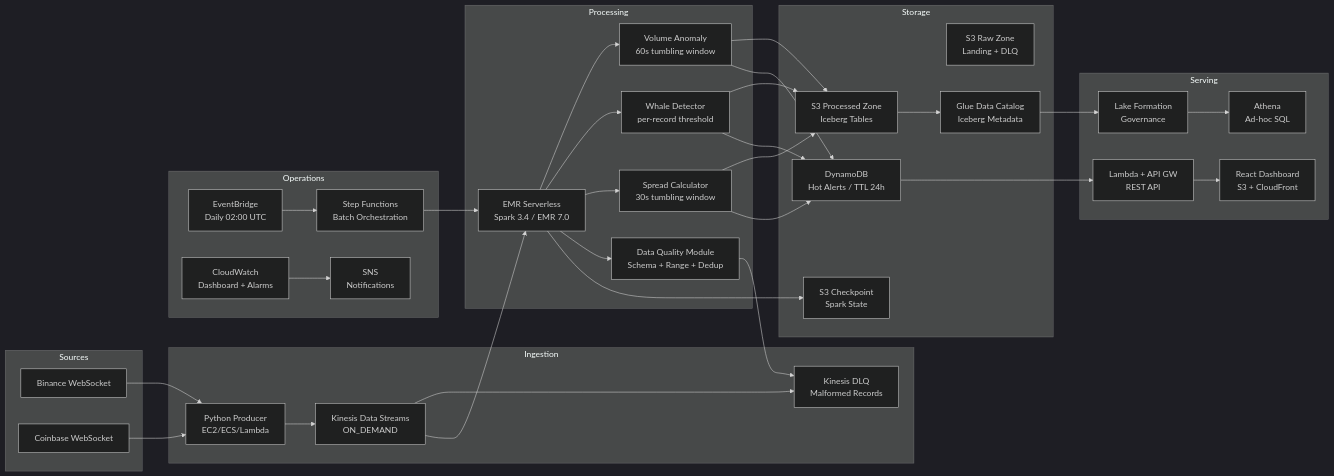
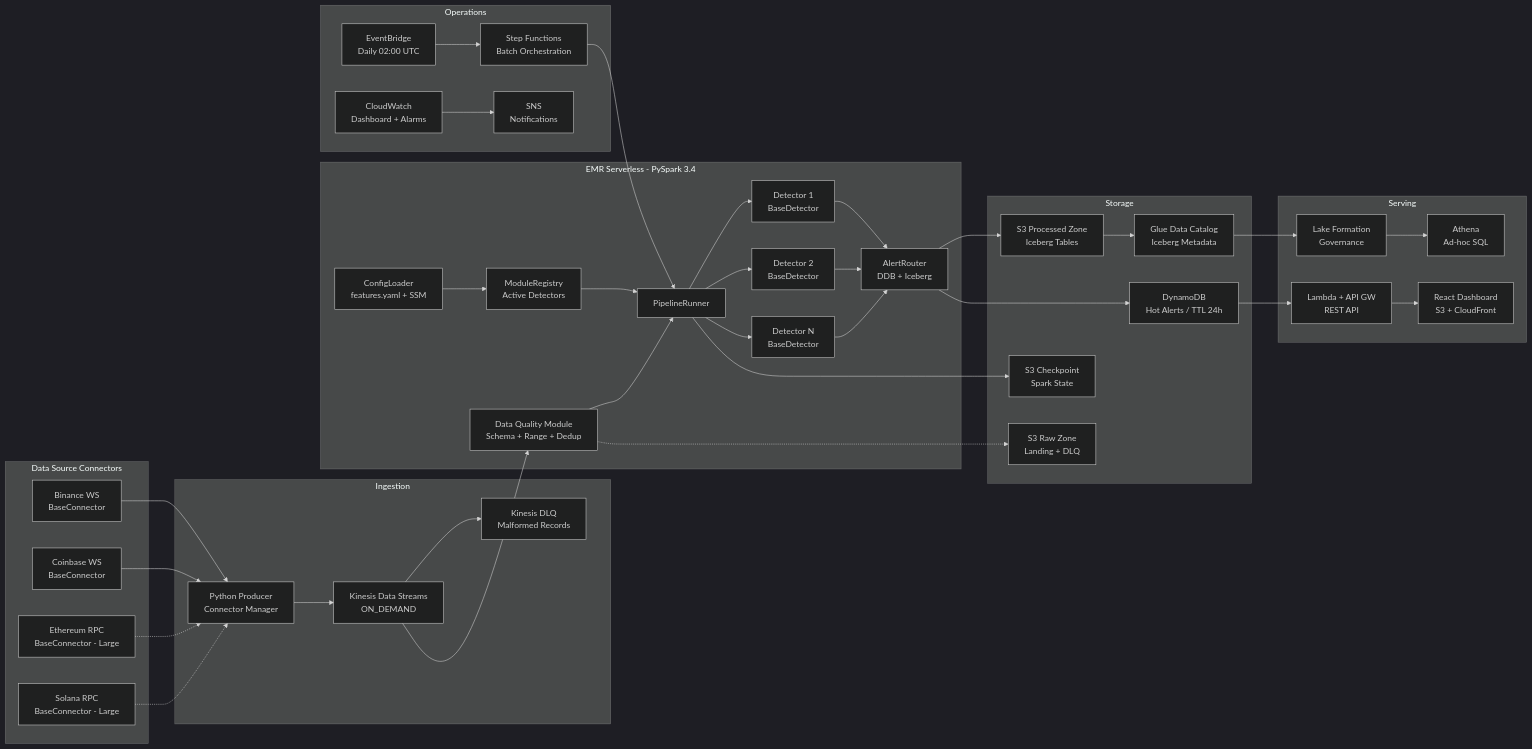
Before and after one commit to mv78/coattail-capital: the first of 2 diagrams in docs/ARCHITECTURE.md, drawn with Mermaid (dark theme). The commit also changed other lines of this file and 11 other files, not shown here.

First line of the commit message:
Add modular feature architecture with 11-module tier system (ADR-007)

````diff
--- a/docs/ARCHITECTURE.md
+++ b/docs/ARCHITECTURE.md
@@ -23,69 +23,77 @@
 ```mermaid
 graph LR
-    subgraph Sources
-        BN[Binance WebSocket]
-        CB[Coinbase WebSocket]
+    subgraph Connectors [Data Source Connectors]
+        BN[Binance WS<br/>BaseConnector]
+        CB[Coinbase WS<br/>BaseConnector]
+        ETH[Ethereum RPC<br/>BaseConnector - Large]
+        SOL[Solana RPC<br/>BaseConnector - Large]
     end
 
     subgraph Ingestion
-        PR[Python Producer<br/>EC2/ECS/Lambda]
+        PR[Python Producer<br/>Connector Manager]
         KS[Kinesis Data Streams<br/>ON_DEMAND]
         DLQ[Kinesis DLQ<br/>Malformed Records]
     end
 
-    subgraph Processing
-        EMR[EMR Serverless<br/>Spark 3.4 / EMR 7.0]
-        VA[Volume Anomaly<br/>60s tumbling window]
-        WD[Whale Detector<br/>per-record threshold]
-        SC[Spread Calculator<br/>30s tumbling window]
+    subgraph Processing [EMR Serverless - PySpark 3.4]
+        CL[ConfigLoader<br/>features.yaml + SSM]
         DQM[Data Quality Module<br/>Schema + Range + Dedup]
+        MR[ModuleRegistry<br/>Active Detectors]
+        PR2[PipelineRunner]
+        D1[Detector 1<br/>BaseDetector]
+        D2[Detector 2<br/>BaseDetector]
+        DN[Detector N<br/>BaseDetector]
+        AR[AlertRouter<br/>DDB + Iceberg]
     end
 
     subgraph Storage
         S3R[S3 Raw Zone<br/>Landing + DLQ]
         S3P[S3 Processed Zone<br/>Iceberg Tables]
         S3C[S3 Checkpoint<br/>Spark State]
         DDB[DynamoDB<br/>Hot Alerts / TTL 24h]
         GC[Glue Data Catalog<br/>Iceberg Metadata]
     end
 
     subgraph Serving
         LF[Lake Formation<br/>Governance]
         ATH[Athena<br/>Ad-hoc SQL]
         LAM[Lambda + API GW<br/>REST API]
         DASH[React Dashboard<br/>S3 + CloudFront]
     end
 
     subgraph Operations
         SF[Step Functions<br/>Batch Orchestration]
         EB[EventBridge<br/>Daily 02:00 UTC]
         CW[CloudWatch<br/>Dashboard + Alarms]
         SNS[SNS<br/>Notifications]
     end
 
     BN --> PR
     CB --> PR
+    ETH -.-> PR
+    SOL -.-> PR
     PR --> KS
     KS --> DLQ
-    KS --> EMR
-    EMR --> VA
-    EMR --> WD
-    EMR --> SC
-    EMR --> DQM
-    DQM --> DLQ
-    VA --> S3P
-    VA --> DDB
-    WD --> S3P
-    WD --> DDB
-    SC --> S3P
-    SC --> DDB
-    EMR --> S3C
+    KS --> DQM
+    CL --> MR
+    MR --> PR2
+    DQM --> PR2
+    PR2 --> D1
+    PR2 --> D2
+    PR2 --> DN
+    D1 --> AR
+    D2 --> AR
+    DN --> AR
+    AR --> S3P
+    AR --> DDB
+    DQM -.-> S3R
+    PR2 --> S3C
     S3P --> GC
     GC --> LF
     LF --> ATH
     DDB --> LAM
     LAM --> DASH
     EB --> SF
-    SF --> EMR
+    SF --> PR2
     CW --> SNS
 ```
````
